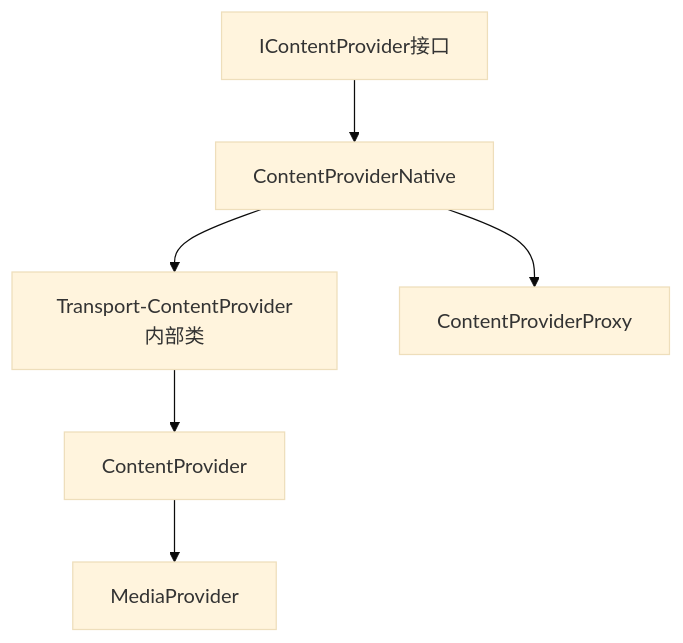
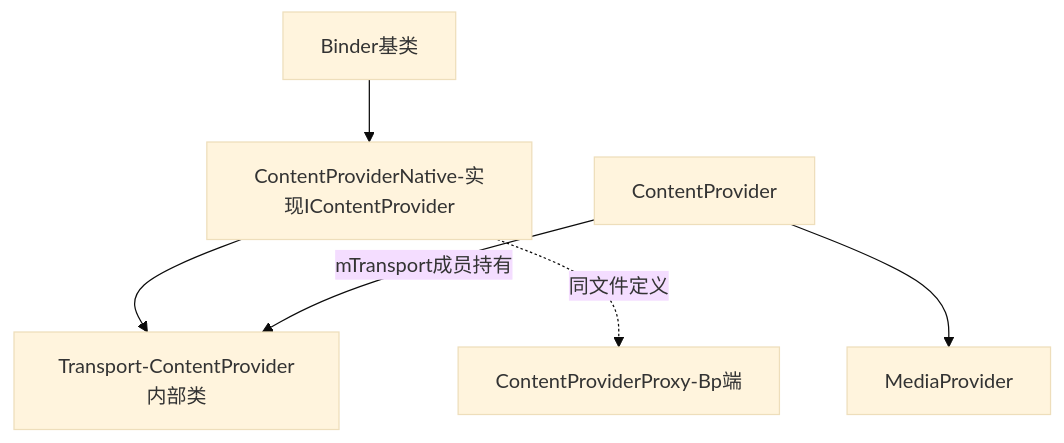
One commit to coswit/coswit.github.io changed the second of 5 diagrams in Android/深入理解Android卷II/06-深入理解ContentProvider.md. Above: the diagram before and after it, drawn with Mermaid (base theme). The commit also changed other lines of this file and 7 other files, not shown here.

````diff
--- a/Android/深入理解Android卷II/06-深入理解ContentProvider.md
+++ b/Android/深入理解Android卷II/06-深入理解ContentProvider.md
@@ -296,8 +313,8 @@
 ```mermaid
 graph TD
-    IC[IContentProvider接口] --> CPN[ContentProviderNative]
+    BD[Binder基类] --> CPN[ContentProviderNative-实现IContentProvider]
     CPN --> TR[Transport-ContentProvider内部类]
-    CPN --> CPP[ContentProviderProxy]
-    TR --> CP[ContentProvider]
+    CPN -.同文件定义.-> CPP[ContentProviderProxy-Bp端]
+    CP[ContentProvider] --mTransport成员持有--> TR
     CP --> MP[MediaProvider]
 ```
````
